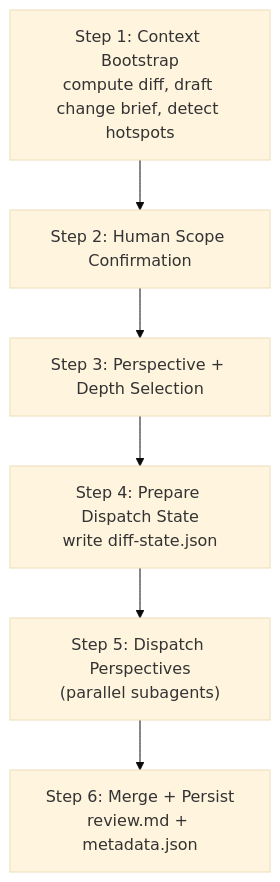
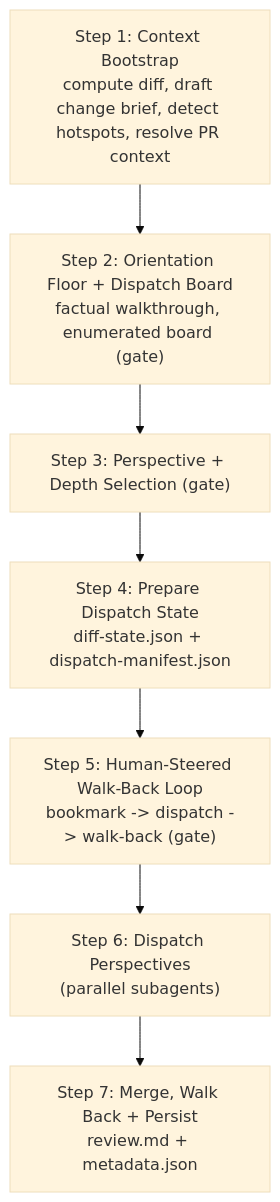
The second of 2 diagrams in docs/agents/code-review/README.md (microsoft/hve-core), drawn with Mermaid (base theme) before and after one commit. The commit also changed other lines of this file, not shown here.

````diff
--- a/docs/agents/code-review/README.md
+++ b/docs/agents/code-review/README.md
@@ -121,11 +133,12 @@
 ```mermaid
 flowchart TD
-  S1["Step 1: Context Bootstrap<br/>compute diff, draft change brief, detect hotspots"]
-  S2["Step 2: Human Scope Confirmation"]
-  S3["Step 3: Perspective + Depth Selection"]
-  S4["Step 4: Prepare Dispatch State<br/>write diff-state.json"]
-  S5["Step 5: Dispatch Perspectives<br/>(parallel subagents)"]
-  S6["Step 6: Merge + Persist<br/>review.md + metadata.json"]
+  S1["Step 1: Context Bootstrap<br/>compute diff, draft change brief, detect hotspots, resolve PR context"]
+  S2["Step 2: Orientation Floor + Dispatch Board<br/>factual walkthrough, enumerated board (gate)"]
+  S3["Step 3: Perspective + Depth Selection (gate)"]
+  S4["Step 4: Prepare Dispatch State<br/>diff-state.json + dispatch-manifest.json"]
+  S5["Step 5: Human-Steered Walk-Back Loop<br/>bookmark -> dispatch -> walk-back (gate)"]
+  S6["Step 6: Dispatch Perspectives<br/>(parallel subagents)"]
+  S7["Step 7: Merge, Walk Back + Persist<br/>review.md + metadata.json"]
 
-  S1 --> S2 --> S3 --> S4 --> S5 --> S6
+  S1 --> S2 --> S3 --> S4 --> S5 --> S6 --> S7
 ```
````
